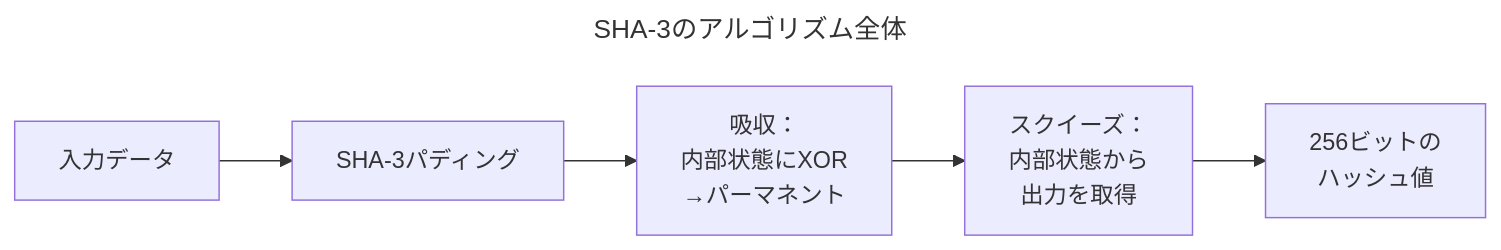
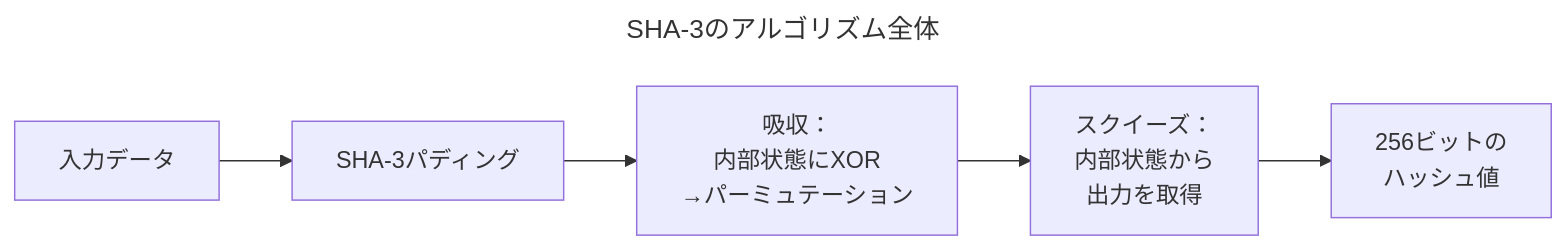
One commit to naokirin/learning_contemporary_cryptography changed the fifth of 6 diagrams in articles/第3回/article.md. Above: the diagram before and after it, drawn with Mermaid. The commit also changed other lines of this file and 6 other files, not shown here.

````diff
--- a/articles/第3回/article.md
+++ b/articles/第3回/article.md
@@ -159,10 +153,10 @@
 ```mermaid
 ---
 title: SHA-3のアルゴリズム全体
 ---
 flowchart LR
     IN[入力データ] --> PAD[SHA-3パディング]
-    PAD --> ABSORB[吸収：<br>内部状態にXOR<br>→パーマネント]
+    PAD --> ABSORB[吸収：<br>内部状態にXOR<br>→パーミュテーション]
     ABSORB --> SQUEEZE[スクイーズ：<br>内部状態から<br>出力を取得]
     SQUEEZE --> OUT[256ビットの<br>ハッシュ値]
 ```
````
